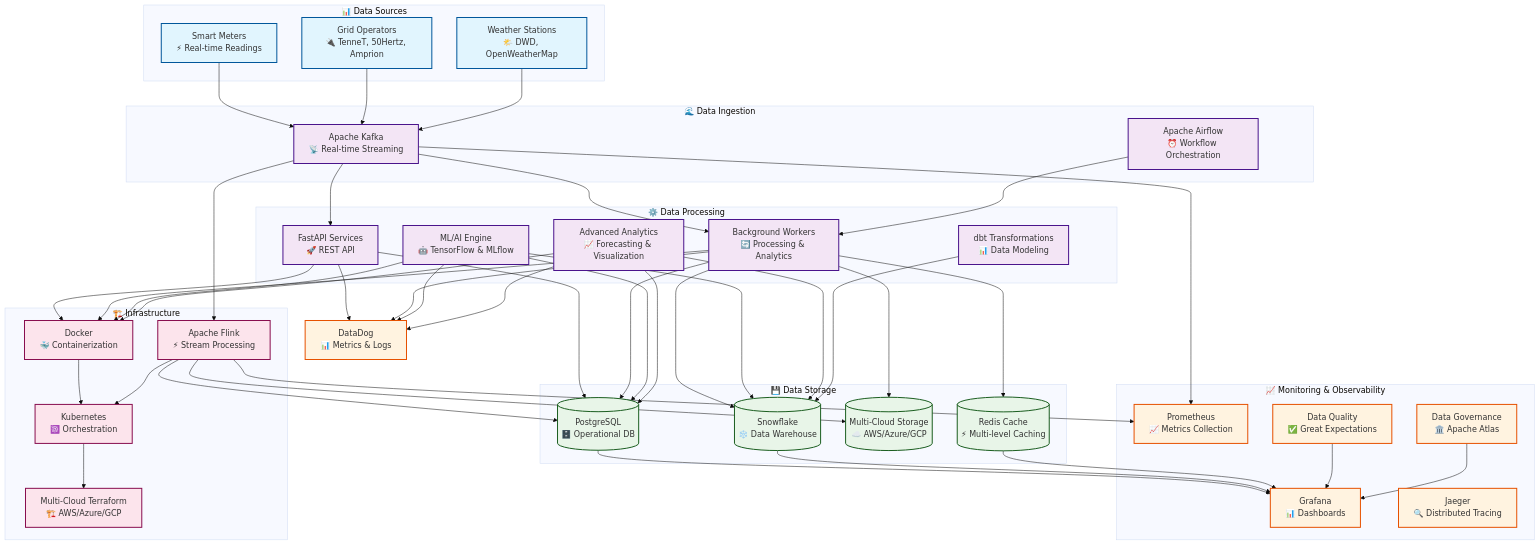
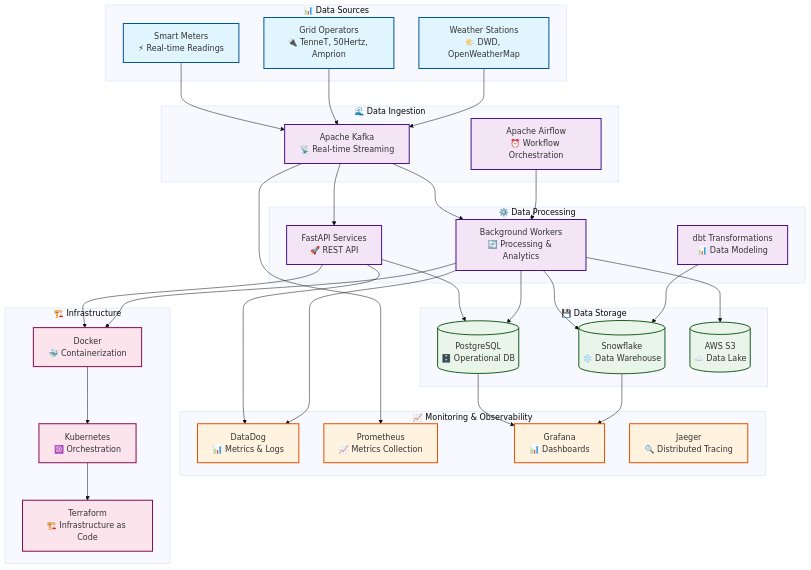
One commit to kanhaiya-gupta/DataEngineering-metrify-smart-metering changed the diagram in README.md. Above: the diagram before and after it, drawn with Mermaid (base theme). The commit also changed other lines of this file and 1 other file, not shown here.

````diff
--- a/README.md
+++ b/README.md
@@ -28,37 +28,29 @@
         API[FastAPI Services<br/>🚀 REST API]
         WORKERS[Background Workers<br/>🔄 Processing & Analytics]
         DBT[dbt Transformations<br/>📊 Data Modeling]
-        ML[ML/AI Engine<br/>🤖 TensorFlow & MLflow]
-        ANALYTICS[Advanced Analytics<br/>📈 Forecasting & Visualization]
     end
 
     %% Storage Layer
     subgraph "💾 Data Storage"
         POSTGRES[(PostgreSQL<br/>🗄️ Operational DB)]
         SNOWFLAKE[(Snowflake<br/>❄️ Data Warehouse)]
-        S3[(Multi-Cloud Storage<br/>☁️ AWS/Azure/GCP)]
-        CACHE[(Redis Cache<br/>⚡ Multi-level Caching)]
+        S3[(AWS S3<br/>☁️ Data Lake)]
+    end
+
+    %% Monitoring & Observability
+    subgraph "📈 Monitoring & Observability"
+        DATADOG[DataDog<br/>📊 Metrics & Logs]
+        PROMETHEUS[Prometheus<br/>📈 Metrics Collection]
+        GRAFANA[Grafana<br/>📊 Dashboards]
+        JAEGER[Jaeger<br/>🔍 Distributed Tracing]
     end
 
     %% Infrastructure
     subgraph "🏗️ Infrastructure"
         DOCKER[Docker<br/>🐳 Containerization]
         K8S[Kubernetes<br/>☸️ Orchestration]
-        TERRAFORM[Multi-Cloud Terraform<br/>🏗️ AWS/Azure/GCP]
-        FLINK[Apache Flink<br/>⚡ Stream Processing]
+        TERRAFORM[Terraform<br/>🏗️ Infrastructure as Code]
     end
-
-    %% Monitoring & Observability
-    subgraph "📈 Monitoring & Observability"
-        PROMETHEUS[Prometheus<br/>📈 Metrics Collection]
-        GRAFANA[Grafana<br/>📊 Dashboards]
-        JAEGER[Jaeger<br/>🔍 Distributed Tracing]
-        QUALITY[Data Quality<br/>✅ Great Expectations]
-        GOVERNANCE[Data Governance<br/>🏛️ Apache Atlas]
-    end
-
-    %% DataDog - Separate on the right
-    DATADOG[DataDog<br/>📊 Metrics & Logs]
 
     %% Data Flow
     SM --> KAFKA
@@ -67,45 +59,27 @@
     
     KAFKA --> API
     KAFKA --> WORKERS
-    KAFKA --> FLINK
     AIRFLOW --> WORKERS
     
     API --> POSTGRES
     WORKERS --> POSTGRES
     WORKERS --> SNOWFLAKE
     WORKERS --> S3
-    WORKERS --> CACHE
-    
-    ML --> POSTGRES
-    ML --> SNOWFLAKE
-    ANALYTICS --> POSTGRES
-    ANALYTICS --> SNOWFLAKE
     
     DBT --> SNOWFLAKE
-    FLINK --> POSTGRES
-    FLINK --> S3
     
     %% Monitoring connections
     API --> DATADOG
     WORKERS --> DATADOG
-    ML --> DATADOG
-    ANALYTICS --> DATADOG
     KAFKA --> PROMETHEUS
-    FLINK --> PROMETHEUS
     POSTGRES --> GRAFANA
     SNOWFLAKE --> GRAFANA
-    CACHE --> GRAFANA
-    QUALITY --> GRAFANA
-    GOVERNANCE --> GRAFANA
     
     %% Infrastructure connections
     API --> DOCKER
     WORKERS --> DOCKER
-    ML --> DOCKER
-    ANALYTICS --> DOCKER
     DOCKER --> K8S
     K8S --> TERRAFORM
-    FLINK --> K8S
 
     %% Styling
     classDef dataSource fill:#e1f5fe,stroke:#01579b,stroke-width:2px
@@ -115,8 +89,8 @@
     classDef infrastructure fill:#fce4ec,stroke:#880e4f,stroke-width:2px
 
     class SM,GO,WS dataSource
-    class KAFKA,AIRFLOW,API,WORKERS,DBT,ML,ANALYTICS processing
-    class POSTGRES,SNOWFLAKE,S3,CACHE storage
-    class DATADOG,PROMETHEUS,GRAFANA,JAEGER,QUALITY,GOVERNANCE monitoring
-    class DOCKER,K8S,TERRAFORM,FLINK infrastructure
+    class KAFKA,AIRFLOW,API,WORKERS,DBT processing
+    class POSTGRES,SNOWFLAKE,S3 storage
+    class DATADOG,PROMETHEUS,GRAFANA,JAEGER monitoring
+    class DOCKER,K8S,TERRAFORM infrastructure
 ```
````
